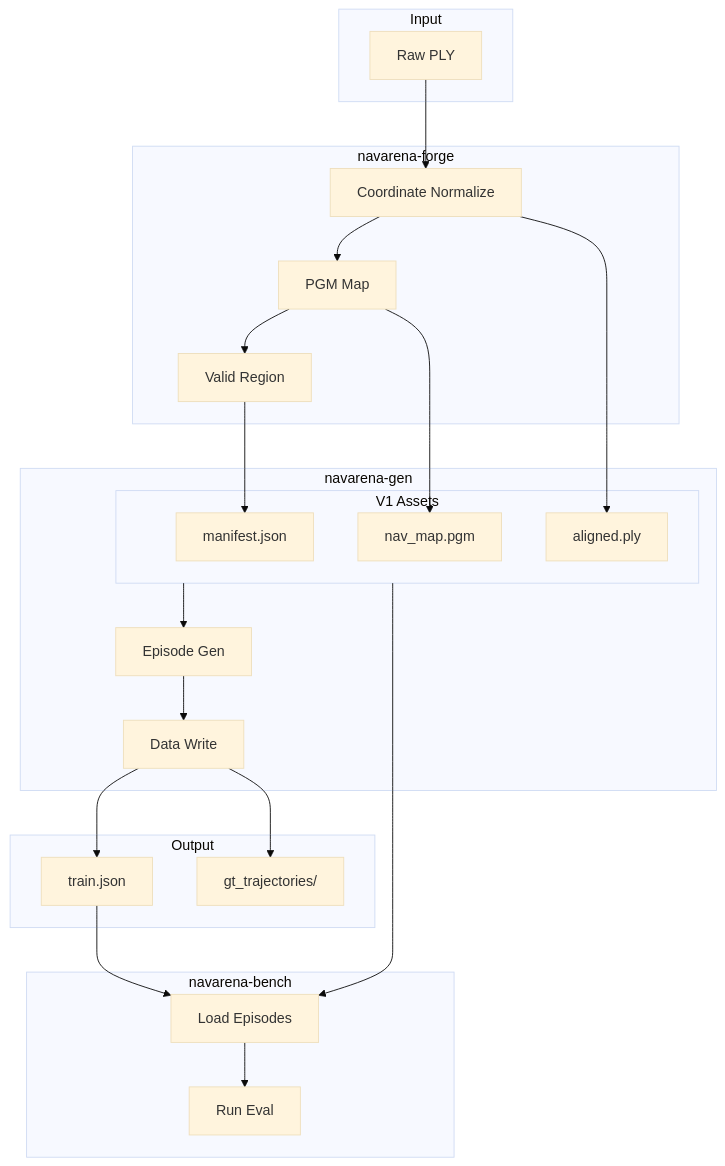
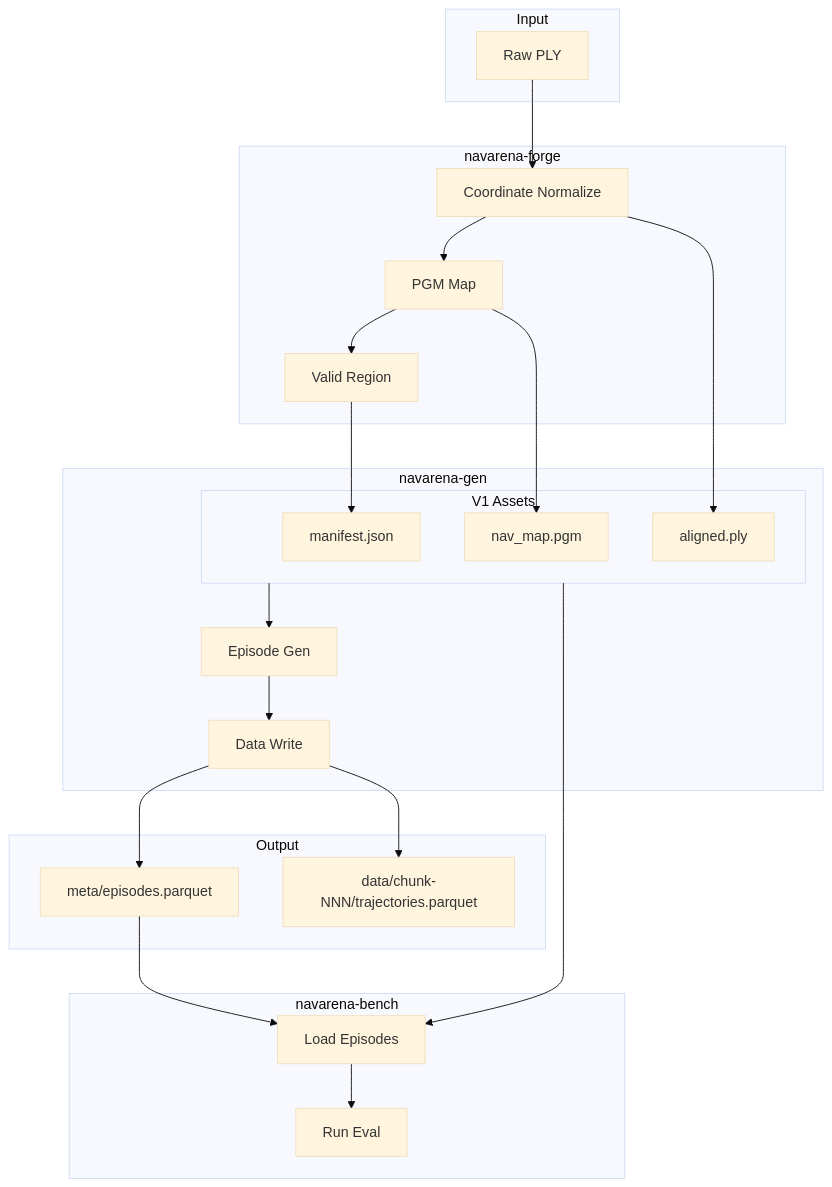
One commit to EI-Nav/NavArena-Doc changed the second of 2 diagrams in docs/en/definitions/concepts.md. Above: the diagram before and after it, drawn with Mermaid (base theme). The commit also changed other lines of this file and 48 other files, not shown here.

````diff
--- a/docs/en/definitions/concepts.md
+++ b/docs/en/definitions/concepts.md
@@ -86,43 +91,43 @@
 ```mermaid
 flowchart TB
     subgraph Input [Input]
         PLY[Raw PLY]
     end
     
     subgraph Forge [navarena-forge]
         FN[Coordinate Normalize]
         FM[PGM Map]
         FV[Valid Region]
         PLY --> FN --> FM --> FV
     end
     
     subgraph Assets [V1 Assets]
         M[manifest.json]
         P[aligned.ply]
         G[nav_map.pgm]
         FV --> M
         FN --> P
         FM --> G
     end
     
     subgraph Gen [navarena-gen]
         GE[Episode Gen]
         GW[Data Write]
         Assets --> GE --> GW
     end
     
     subgraph Output [Output]
-        EP[train.json]
-        GT[gt_trajectories/]
+        EP[meta/episodes.parquet]
+        GT[data/chunk-NNN/trajectories.parquet]
         GW --> EP
         GW --> GT
     end
     
     subgraph Bench [navarena-bench]
         BL[Load Episodes]
         BE[Run Eval]
         EP --> BL
         Assets --> BL
         BL --> BE
     end
 ```
````
